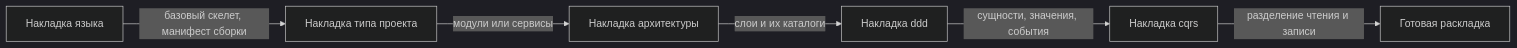
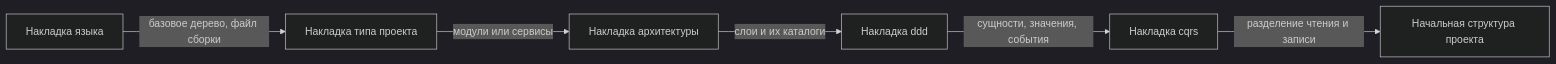
The second of 4 diagrams in docs/project-plan.md (united-software-platform/extruder), drawn with Mermaid (dark theme) before and after one commit. The commit also changed other lines of this file and 4 other files, not shown here.

````diff
--- a/docs/project-plan.md
+++ b/docs/project-plan.md
@@ -67,8 +68,8 @@
 ```mermaid
 flowchart LR
-    L[Накладка языка] -->|базовый скелет, манифест сборки| T[Накладка типа проекта]
+    L[Накладка языка] -->|базовое дерево, файл сборки| T[Накладка типа проекта]
     T -->|модули или сервисы| A[Накладка архитектуры]
     A -->|слои и их каталоги| D[Накладка ddd]
     D -->|сущности, значения, события| C[Накладка cqrs]
-    C -->|разделение чтения и записи| R[Готовая раскладка]
+    C -->|разделение чтения и записи| R[Начальная структура проекта]
 ```
````
